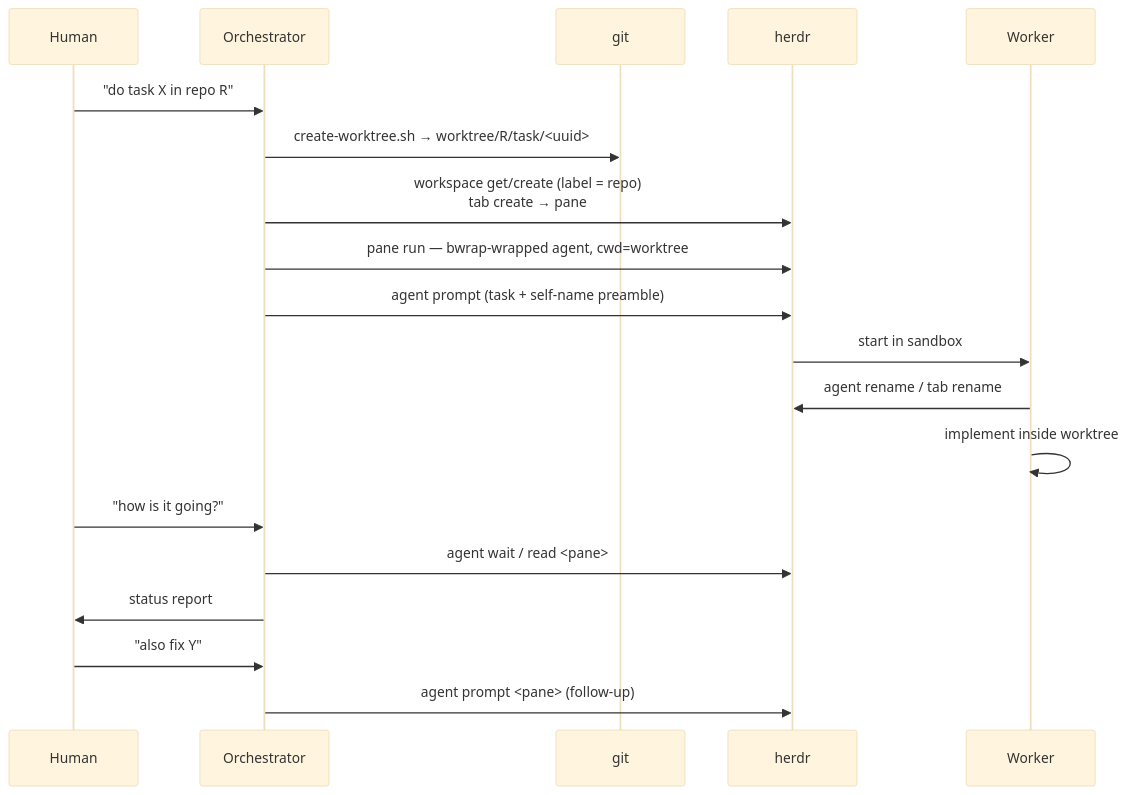
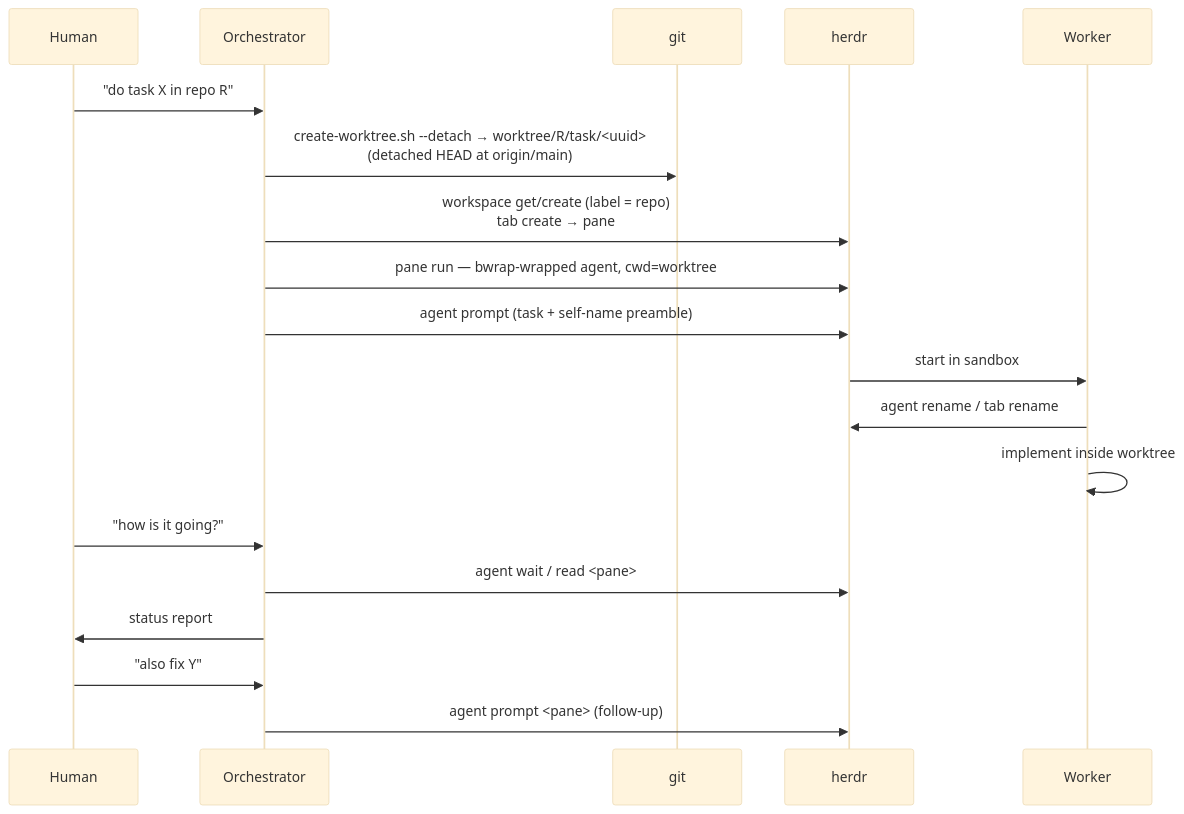
The diagram in docs/design/orchestration.md (Nyarducks/Worktreeharness), drawn with Mermaid (base theme) before and after one commit. The commit also changed other lines of this file and 22 other files, not shown here.

````diff
--- a/docs/design/orchestration.md
+++ b/docs/design/orchestration.md
@@ -21,22 +21,22 @@
 ```mermaid
 sequenceDiagram
     participant H as Human
     participant O as Orchestrator
     participant G as git
     participant R as herdr
     participant W as Worker
 
     H->>O: "do task X in repo R"
-    O->>G: create-worktree.sh → worktree/R/task/<uuid>
+    O->>G: create-worktree.sh --detach → worktree/R/task/<uuid><br/>(detached HEAD at origin/main)
     O->>R: workspace get/create (label = repo)<br/>tab create → pane
     O->>R: pane run — bwrap-wrapped agent, cwd=worktree
     O->>R: agent prompt (task + self-name preamble)
     R->>W: start in sandbox
     W->>R: agent rename / tab rename
     W->>W: implement inside worktree
     H->>O: "how is it going?"
     O->>R: agent wait / read <pane>
     O->>H: status report
     H->>O: "also fix Y"
     O->>R: agent prompt <pane> (follow-up)
 ```
````
